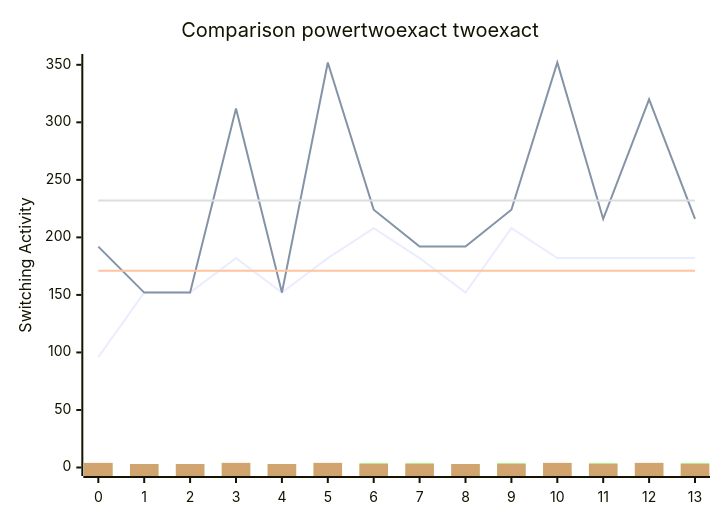
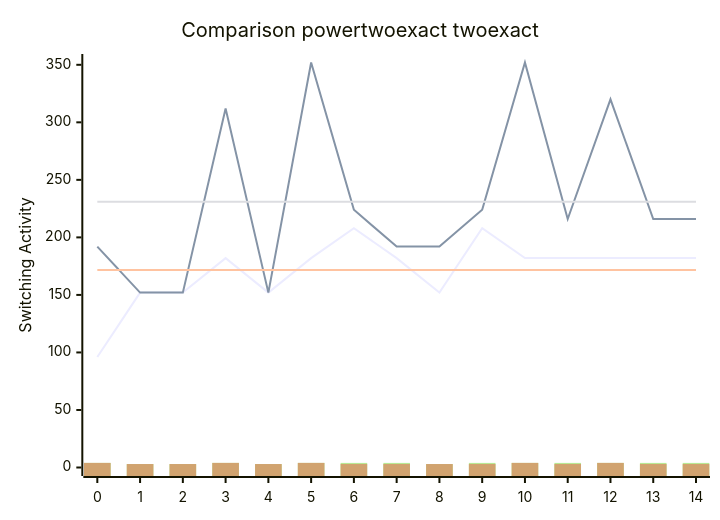
The diagram in benchmark.md (FeldmeierMichael/Exact-Power-Synthesis), drawn with Mermaid before and after one commit. The commit also changed other lines of this file and 2 other files, not shown here.

````diff
--- a/benchmark.md
+++ b/benchmark.md
@@ -29,12 +31,12 @@
 ```mermaid
 xychart-beta
     title "Comparison powertwoexact twoexact"
-    x-axis [0, 1, 2, 3, 4, 5, 6, 7, 8, 9, 10, 11, 12, 13]
+    x-axis [0, 1, 2, 3, 4, 5, 6, 7, 8, 9, 10, 11, 12, 13, 14]
     y-axis "Switching Activity" 0-->352
-    line [96, 152, 152, 182, 152, 182, 208, 182, 152, 208, 182, 182, 182, 182]
-    line [192, 152, 152, 312, 152, 352, 224, 192, 192, 224, 352, 216, 320, 216]
-    line [171.0, 171.0, 171.0, 171.0, 171.0, 171.0, 171.0, 171.0, 171.0, 171.0, 171.0, 171.0, 171.0, 171.0]
-    line [232.0, 232.0, 232.0, 232.0, 232.0, 232.0, 232.0, 232.0, 232.0, 232.0, 232.0, 232.0, 232.0, 232.0]
-    bar [4, 3, 3, 4, 3, 4, 4, 4, 3, 4, 4, 4, 4, 4, 4, 3, 3, 4, 3, 4, 4, 4, 3, 4, 4, 4, 4, 4, 4, 3, 3, 4, 3, 4, 4, 4, 3, 4, 4, 4, 4, 4, 4, 3, 3, 4, 3, 4, 4, 4, 3, 4, 4, 4, 4, 4, 4, 3, 3, 4, 3, 4, 4, 4, 3, 4, 4, 4, 4, 4, 4, 3, 3, 4, 3, 4, 4, 4, 3, 4, 4, 4, 4, 4, 4, 3, 3, 4, 3, 4, 4, 4, 3, 4, 4, 4, 4, 4, 4, 3, 3, 4, 3, 4, 4, 4, 3, 4, 4, 4, 4, 4, 4, 3, 3, 4, 3, 4, 4, 4, 3, 4, 4, 4, 4, 4, 4, 3, 3, 4, 3, 4, 4, 4, 3, 4, 4, 4, 4, 4, 4, 3, 3, 4, 3, 4, 4, 4, 3, 4, 4, 4, 4, 4, 4, 3, 3, 4, 3, 4, 4, 4, 3, 4, 4, 4, 4, 4, 4, 3, 3, 4, 3, 4, 4, 4, 3, 4, 4, 4, 4, 4, 4, 3, 3, 4, 3, 4, 4, 4, 3, 4, 4, 4, 4, 4, 4, 3, 3, 4, 3, 4, 4, 4, 3, 4, 4, 4, 4, 4, 4, 3, 3, 4, 3, 4, 4, 4, 3, 4, 4, 4, 4, 4, 4, 3, 3, 4, 3, 4, 4, 4, 3, 4, 4, 4, 4, 4, 4, 3, 3, 4, 3, 4, 4, 4, 3, 4, 4, 4, 4, 4, 4, 3, 3, 4, 3, 4, 4, 4, 3, 4, 4, 4, 4, 4, 4, 3, 3, 4, 3, 4, 4, 4, 3, 4, 4, 4, 4, 4]
-    bar [4, 3, 3, 4, 3, 4, 3, 3, 3, 3, 4, 3, 4, 3, 4, 3, 3, 4, 3, 4, 3, 3, 3, 3, 4, 3, 4, 3, 4, 3, 3, 4, 3, 4, 3, 3, 3, 3, 4, 3, 4, 3, 4, 3, 3, 4, 3, 4, 3, 3, 3, 3, 4, 3, 4, 3, 4, 3, 3, 4, 3, 4, 3, 3, 3, 3, 4, 3, 4, 3, 4, 3, 3, 4, 3, 4, 3, 3, 3, 3, 4, 3, 4, 3, 4, 3, 3, 4, 3, 4, 3, 3, 3, 3, 4, 3, 4, 3, 4, 3, 3, 4, 3, 4, 3, 3, 3, 3, 4, 3, 4, 3, 4, 3, 3, 4, 3, 4, 3, 3, 3, 3, 4, 3, 4, 3, 4, 3, 3, 4, 3, 4, 3, 3, 3, 3, 4, 3, 4, 3, 4, 3, 3, 4, 3, 4, 3, 3, 3, 3, 4, 3, 4, 3, 4, 3, 3, 4, 3, 4, 3, 3, 3, 3, 4, 3, 4, 3, 4, 3, 3, 4, 3, 4, 3, 3, 3, 3, 4, 3, 4, 3, 4, 3, 3, 4, 3, 4, 3, 3, 3, 3, 4, 3, 4, 3, 4, 3, 3, 4, 3, 4, 3, 3, 3, 3, 4, 3, 4, 3, 4, 3, 3, 4, 3, 4, 3, 3, 3, 3, 4, 3, 4, 3, 4, 3, 3, 4, 3, 4, 3, 3, 3, 3, 4, 3, 4, 3, 4, 3, 3, 4, 3, 4, 3, 3, 3, 3, 4, 3, 4, 3, 4, 3, 3, 4, 3, 4, 3, 3, 3, 3, 4, 3, 4, 3, 4, 3, 3, 4, 3, 4, 3, 3, 3, 3, 4, 3, 4, 3]
+    line [96, 152, 152, 182, 152, 182, 208, 182, 152, 208, 182, 182, 182, 182, 182]
+    line [192, 152, 152, 312, 152, 352, 224, 192, 192, 224, 352, 216, 320, 216, 216]
+    line [171.73333333333332, 171.73333333333332, 171.73333333333332, 171.73333333333332, 171.73333333333332, 171.73333333333332, 171.73333333333332, 171.73333333333332, 171.73333333333332, 171.73333333333332, 171.73333333333332, 171.73333333333332, 171.73333333333332, 171.73333333333332, 171.73333333333332]
+    line [230.93333333333334, 230.93333333333334, 230.93333333333334, 230.93333333333334, 230.93333333333334, 230.93333333333334, 230.93333333333334, 230.93333333333334, 230.93333333333334, 230.93333333333334, 230.93333333333334, 230.93333333333334, 230.93333333333334, 230.93333333333334, 230.93333333333334]
+    bar [4, 3, 3, 4, 3, 4, 4, 4, 3, 4, 4, 4, 4, 4, 4, 4, 3, 3, 4, 3, 4, 4, 4, 3, 4, 4, 4, 4, 4, 4, 4, 3, 3, 4, 3, 4, 4, 4, 3, 4, 4, 4, 4, 4, 4, 4, 3, 3, 4, 3, 4, 4, 4, 3, 4, 4, 4, 4, 4, 4, 4, 3, 3, 4, 3, 4, 4, 4, 3, 4, 4, 4, 4, 4, 4, 4, 3, 3, 4, 3, 4, 4, 4, 3, 4, 4, 4, 4, 4, 4, 4, 3, 3, 4, 3, 4, 4, 4, 3, 4, 4, 4, 4, 4, 4, 4, 3, 3, 4, 3, 4, 4, 4, 3, 4, 4, 4, 4, 4, 4, 4, 3, 3, 4, 3, 4, 4, 4, 3, 4, 4, 4, 4, 4, 4, 4, 3, 3, 4, 3, 4, 4, 4, 3, 4, 4, 4, 4, 4, 4, 4, 3, 3, 4, 3, 4, 4, 4, 3, 4, 4, 4, 4, 4, 4, 4, 3, 3, 4, 3, 4, 4, 4, 3, 4, 4, 4, 4, 4, 4, 4, 3, 3, 4, 3, 4, 4, 4, 3, 4, 4, 4, 4, 4, 4, 4, 3, 3, 4, 3, 4, 4, 4, 3, 4, 4, 4, 4, 4, 4, 4, 3, 3, 4, 3, 4, 4, 4, 3, 4, 4, 4, 4, 4, 4, 4, 3, 3, 4, 3, 4, 4, 4, 3, 4, 4, 4, 4, 4, 4, 4, 3, 3, 4, 3, 4, 4, 4, 3, 4, 4, 4, 4, 4, 4, 4, 3, 3, 4, 3, 4, 4, 4, 3, 4, 4, 4, 4, 4, 4, 4, 3, 3, 4, 3, 4, 4, 4, 3, 4, 4, 4, 4, 4, 4, 4, 3, 3, 4, 3, 4, 4, 4, 3, 4, 4, 4, 4, 4, 4]
+    bar [4, 3, 3, 4, 3, 4, 3, 3, 3, 3, 4, 3, 4, 3, 3, 4, 3, 3, 4, 3, 4, 3, 3, 3, 3, 4, 3, 4, 3, 3, 4, 3, 3, 4, 3, 4, 3, 3, 3, 3, 4, 3, 4, 3, 3, 4, 3, 3, 4, 3, 4, 3, 3, 3, 3, 4, 3, 4, 3, 3, 4, 3, 3, 4, 3, 4, 3, 3, 3, 3, 4, 3, 4, 3, 3, 4, 3, 3, 4, 3, 4, 3, 3, 3, 3, 4, 3, 4, 3, 3, 4, 3, 3, 4, 3, 4, 3, 3, 3, 3, 4, 3, 4, 3, 3, 4, 3, 3, 4, 3, 4, 3, 3, 3, 3, 4, 3, 4, 3, 3, 4, 3, 3, 4, 3, 4, 3, 3, 3, 3, 4, 3, 4, 3, 3, 4, 3, 3, 4, 3, 4, 3, 3, 3, 3, 4, 3, 4, 3, 3, 4, 3, 3, 4, 3, 4, 3, 3, 3, 3, 4, 3, 4, 3, 3, 4, 3, 3, 4, 3, 4, 3, 3, 3, 3, 4, 3, 4, 3, 3, 4, 3, 3, 4, 3, 4, 3, 3, 3, 3, 4, 3, 4, 3, 3, 4, 3, 3, 4, 3, 4, 3, 3, 3, 3, 4, 3, 4, 3, 3, 4, 3, 3, 4, 3, 4, 3, 3, 3, 3, 4, 3, 4, 3, 3, 4, 3, 3, 4, 3, 4, 3, 3, 3, 3, 4, 3, 4, 3, 3, 4, 3, 3, 4, 3, 4, 3, 3, 3, 3, 4, 3, 4, 3, 3, 4, 3, 3, 4, 3, 4, 3, 3, 3, 3, 4, 3, 4, 3, 3, 4, 3, 3, 4, 3, 4, 3, 3, 3, 3, 4, 3, 4, 3, 3, 4, 3, 3, 4, 3, 4, 3, 3, 3, 3, 4, 3, 4, 3, 3]
 ```
````
